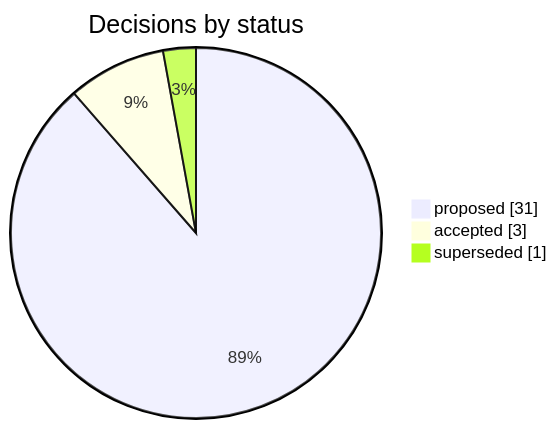
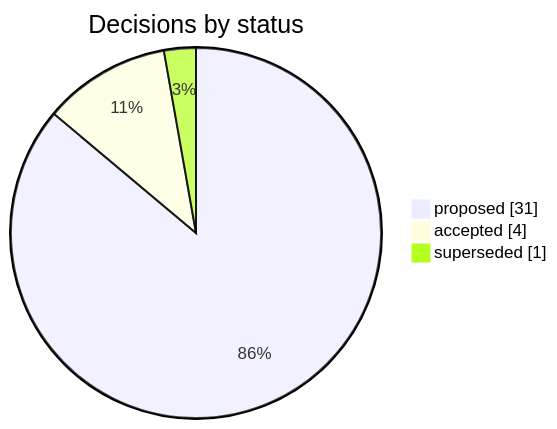
The tenth of 11 diagrams in README.md (korczis/OpenTTD), drawn with Mermaid before and after one commit. The commit also changed other lines of this file and 53 other files, not shown here.

````diff
--- a/README.md
+++ b/README.md
@@ -1335,6 +1335,6 @@
 ```mermaid
 pie showData title Decisions by status
     "proposed" : 31
-    "accepted" : 3
+    "accepted" : 4
     "superseded" : 1
 ```
````
